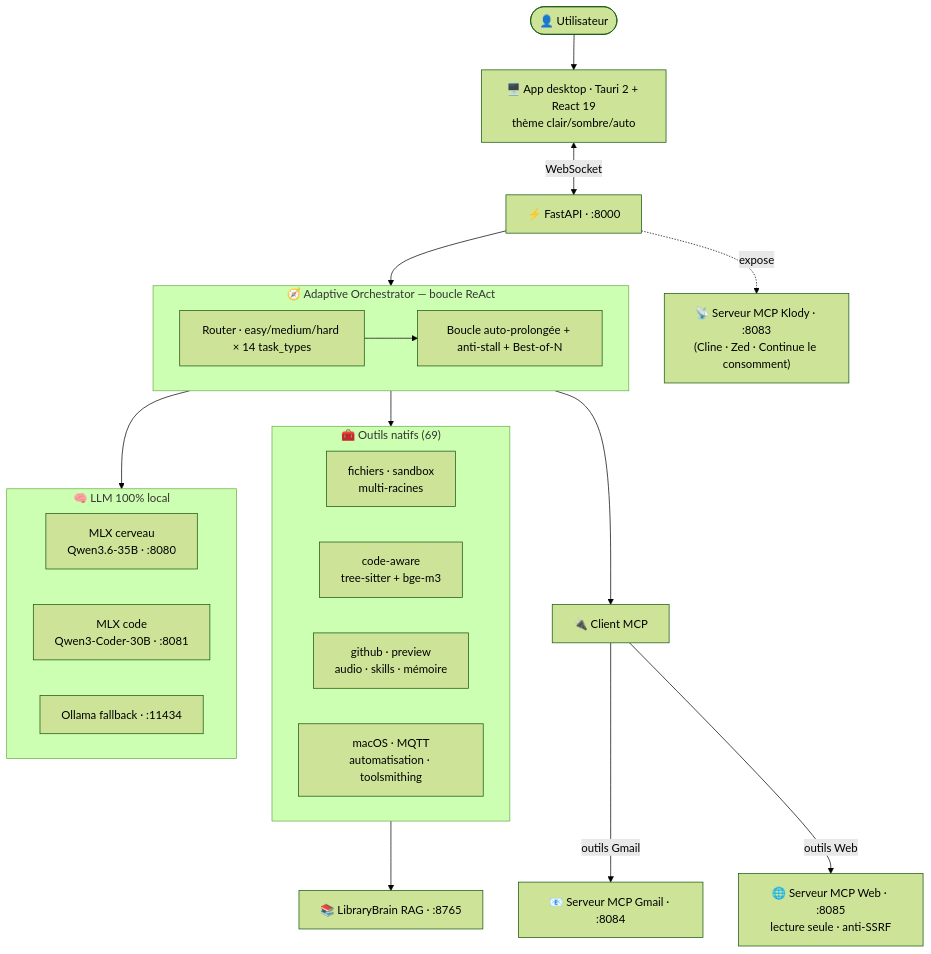
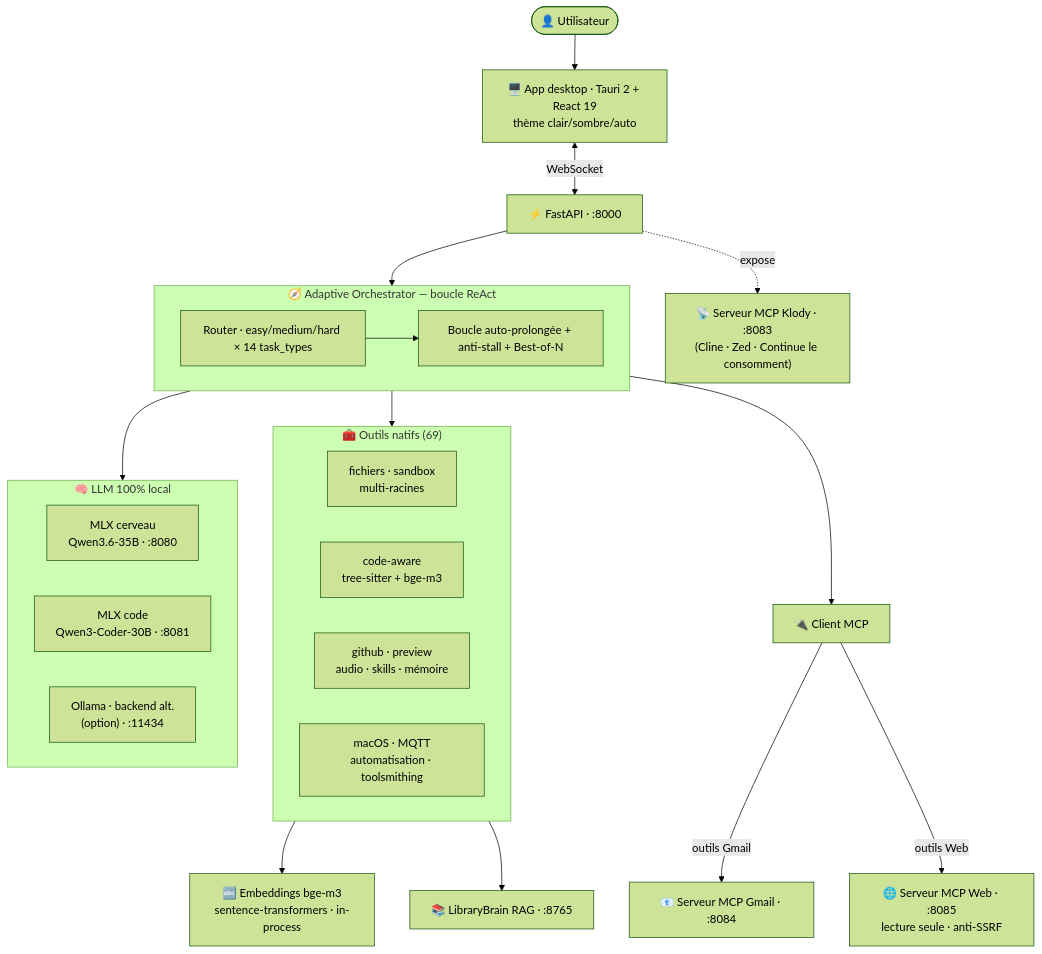
The diagram in README.md (klodynlov/klody-code-ai), drawn with Mermaid (forest theme) before and after one commit. The commit also changed other lines of this file and 4 other files, not shown here.

````diff
--- a/README.md
+++ b/README.md
@@ -53,37 +53,38 @@
 ```mermaid
 flowchart TD
     U([👤 Utilisateur]) --> UI["🖥️ App desktop · Tauri 2 + React 19<br/>thème clair/sombre/auto"]
     UI <-->|WebSocket| API["⚡ FastAPI · :8000"]
     API --> ORCH
 
     subgraph ORCH["🧭 Adaptive Orchestrator — boucle ReAct"]
         R["Router · easy/medium/hard × 14 task_types"]
         L["Boucle auto-prolongée + anti-stall + Best-of-N"]
         R --> L
     end
 
     ORCH --> TOOLS
     ORCH --> MCPC["🔌 Client MCP"]
     ORCH --> LLM
 
     subgraph TOOLS["🧰 Outils natifs (69)"]
         direction LR
         T1["fichiers · sandbox<br/>multi-racines"]
         T2["code-aware<br/>tree-sitter + bge-m3"]
         T3["github · preview<br/>audio · skills · mémoire"]
         T4["macOS · MQTT<br/>automatisation · toolsmithing"]
     end
 
     MCPC -->|outils Gmail| GM["📧 Serveur MCP Gmail · :8084"]
     MCPC -->|outils Web| WB["🌐 Serveur MCP Web · :8085<br/>lecture seule · anti-SSRF"]
 
     subgraph LLM["🧠 LLM 100% local"]
         direction LR
         B["MLX cerveau<br/>Qwen3.6-35B · :8080"]
         C["MLX code<br/>Qwen3-Coder-30B · :8081"]
-        O["Ollama fallback · :11434"]
+        O["Ollama · backend alt.<br/>(option) · :11434"]
     end
 
+    TOOLS --> EMB["🔤 Embeddings bge-m3<br/>sentence-transformers · in-process"]
     TOOLS --> RAG["📚 LibraryBrain RAG · :8765"]
     API -.expose.-> MCPS["📡 Serveur MCP Klody · :8083<br/>(Cline · Zed · Continue le consomment)"]
 ```
````
